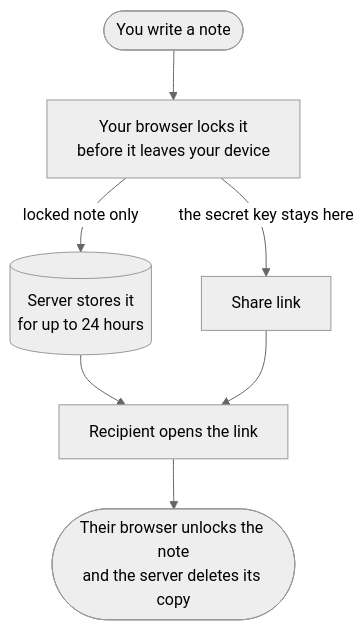
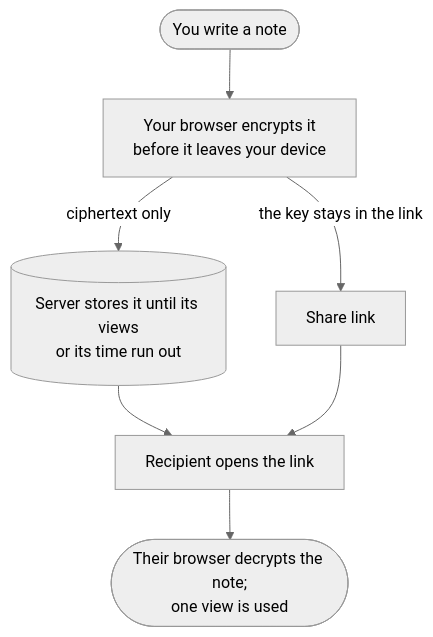
Before and after one commit to kaerez/bin: the diagram in README.md, drawn with Mermaid (neutral theme). The commit also changed other lines of this file and 8 other files, not shown here.

````diff
--- a/README.md
+++ b/README.md
@@ -59,9 +32,9 @@
 ```mermaid
 flowchart TD
-    A([You write a note]) --> B[Your browser locks it<br/>before it leaves your device]
-    B -->|locked note only| C[(Server stores it<br/>for up to 24 hours)]
-    B -->|the secret key stays here| D[Share link]
+    A([You write a note]) --> B[Your browser encrypts it<br/>before it leaves your device]
+    B -->|ciphertext only| C[(Server stores it until its views<br/>or its time run out)]
+    B -->|the key stays in the link| D[Share link]
     C --> E[Recipient opens the link]
     D --> E
-    E --> F([Their browser unlocks the note<br/>and the server deletes its copy])
+    E --> F([Their browser decrypts the note;<br/>one view is used])
 ```
````
